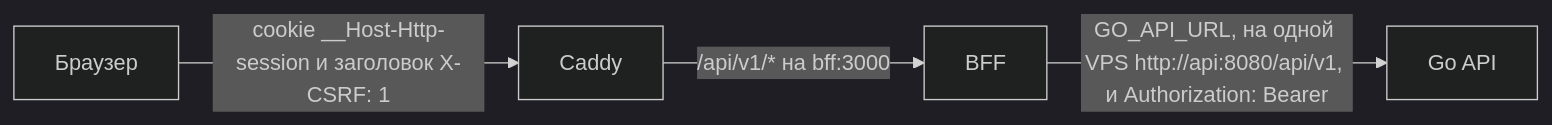
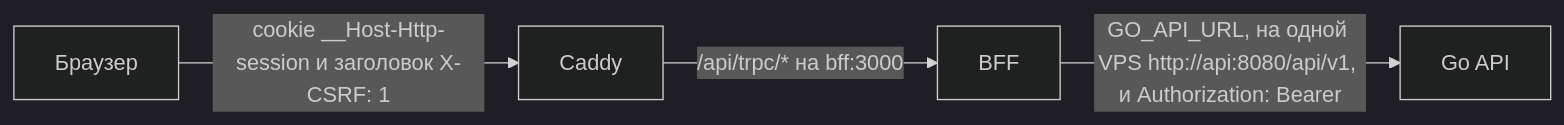
Before and after one commit to Cringe-Driven-Development-Team/docs: the second of 3 diagrams in site/modules/2026-10/tracks/bff.md, drawn with Mermaid (dark theme). The commit also changed other lines of this file and 3 other files, not shown here.

````diff
--- a/site/modules/2026-10/tracks/bff.md
+++ b/site/modules/2026-10/tracks/bff.md
@@ -38,6 +34,6 @@
 ```mermaid
 flowchart LR
     B["Браузер"] -->|"cookie __Host-Http-session и заголовок X-CSRF: 1"| C["Caddy"]
-    C -->|"/api/v1/* на bff:3000"| P["BFF"]
+    C -->|"/api/trpc/* на bff:3000"| P["BFF"]
     P -->|"GO_API_URL, на одной VPS http://api:8080/api/v1, и Authorization: Bearer"| A["Go API"]
 ```
````
